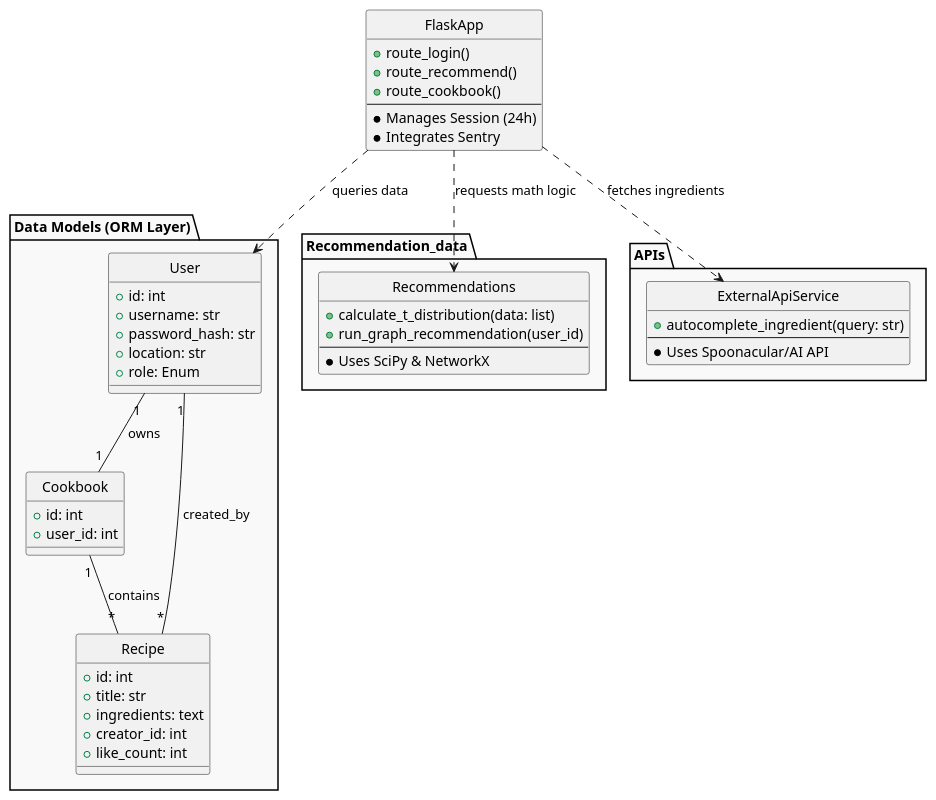
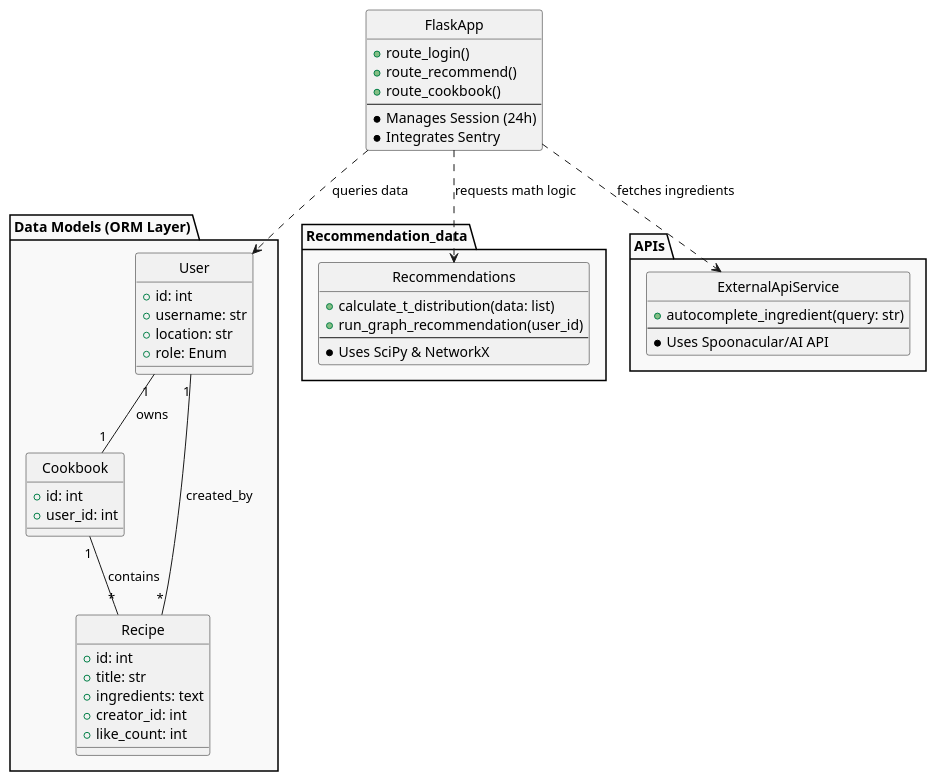
Before and after one commit to abishans23/UOttahack8-2026: the diagram in docs/Class_diagram.wsd, drawn with PlantUML.

Commit message:
Update class_diagram

```diff
--- a/docs/Class_diagram.wsd
+++ b/docs/Class_diagram.wsd
@@ -1,66 +1,65 @@
 @startuml
 skinparam style strictuml
 skinparam PackageBackgroundColor #f9f9f9
 
 
 
 class FlaskApp << (C, #FFAAAA) >> {
     + route_login()
     + route_recommend()
     + route_cookbook()
     --
     * Manages Session (24h)
     * Integrates Sentry
 }
 
 package "Data Models (ORM Layer)" {
   class User {
     + id: int
     + username: str
-    + password_hash: str
     + location: str
     + role: Enum
   }
 
   class Cookbook {
     + id: int
     + user_id: int
   }
 
   class Recipe {
     + id: int
     + title: str
     + ingredients: text
     + creator_id: int
     + like_count: int
   }
 }
 
 package "Recommendation_data" {
   class Recommendations {
     + calculate_t_distribution(data: list)
     + run_graph_recommendation(user_id)
     --
     * Uses SciPy & NetworkX
   }
 
 }
 
 package "APIs"{
   class ExternalApiService {
     + autocomplete_ingredient(query: str)
     --
     * Uses Spoonacular/AI API
   }
 }
 
 ' Relationships
 User "1" -- "1" Cookbook : owns
 Cookbook "1" -- "*" Recipe : contains
 Recipe "*" -- "1" User : created_by
 
 FlaskApp ..> Recommendations : requests math logic
 FlaskApp ..> ExternalApiService : fetches ingredients
 FlaskApp ..> User : queries data
 
 @enduml
```
